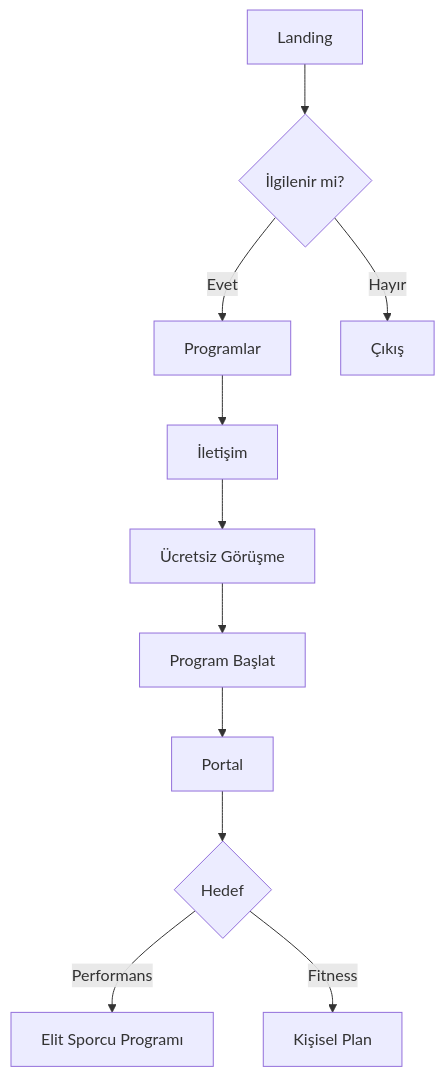
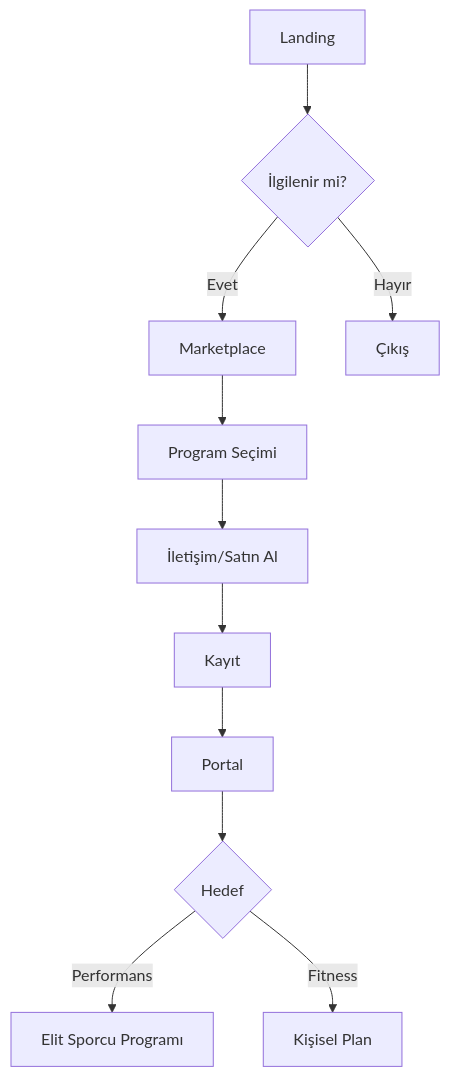
The first of 5 diagrams in .claude/skills/mermaid-diagrams/SKILL.md (No3214/pt), drawn with Mermaid before and after one commit. The commit also changed other lines of this file and 67 other files, not shown here.

````diff
--- a/.claude/skills/mermaid-diagrams/SKILL.md
+++ b/.claude/skills/mermaid-diagrams/SKILL.md
@@ -11,13 +11,13 @@
 ```mermaid
 flowchart TD
     A[Landing] --> B{İlgilenir mi?}
-    B -->|Evet| C[Programlar]
-    C --> D[İletişim]
-    D --> E[Ücretsiz Görüşme]
-    E --> F[Program Başlat]
+    B -->|Evet| C[Marketplace]
+    C --> D[Program Seçimi]
+    D --> E[İletişim/Satın Al]
+    E --> F[Kayıt]
     B -->|Hayır| G[Çıkış]
     F --> H[Portal]
     H --> I{Hedef}
     I -->|Performans| J[Elit Sporcu Programı]
     I -->|Fitness| K[Kişisel Plan]
 ```
````
